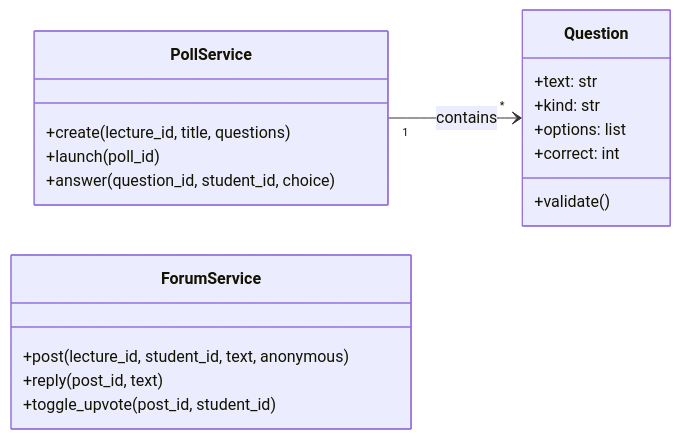
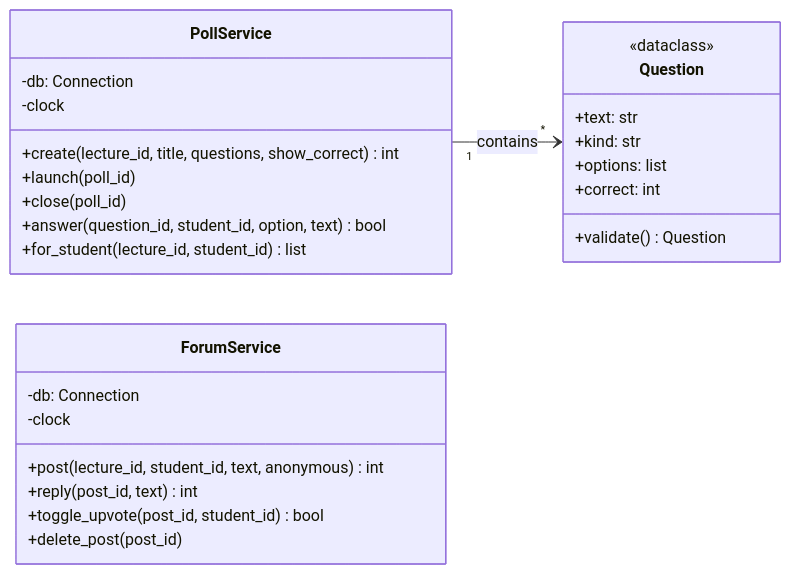
The sixth of 11 diagrams in docs/DIAGRAMS.md (shiral2571-alt/SoftwareEngineering_Ex2), drawn with Mermaid before and after one commit. The commit also changed other lines of this file and 3 other files, not shown here.

````diff
--- a/docs/DIAGRAMS.md
+++ b/docs/DIAGRAMS.md
@@ -117,22 +168,30 @@
 ```mermaid
 classDiagram
     direction LR
     class PollService {
-        +create(lecture_id, title, questions)
+        -db: Connection
+        -clock
+        +create(lecture_id, title, questions, show_correct) int
         +launch(poll_id)
-        +answer(question_id, student_id, choice)
+        +close(poll_id)
+        +answer(question_id, student_id, option, text) bool
+        +for_student(lecture_id, student_id) list
     }
     class Question {
+        <<dataclass>>
         +text: str
         +kind: str
         +options: list
         +correct: int
-        +validate()
+        +validate() Question
     }
     class ForumService {
-        +post(lecture_id, student_id, text, anonymous)
-        +reply(post_id, text)
-        +toggle_upvote(post_id, student_id)
+        -db: Connection
+        -clock
+        +post(lecture_id, student_id, text, anonymous) int
+        +reply(post_id, text) int
+        +toggle_upvote(post_id, student_id) bool
+        +delete_post(post_id)
     }
     PollService "1" --> "*" Question : contains
 ```
````
